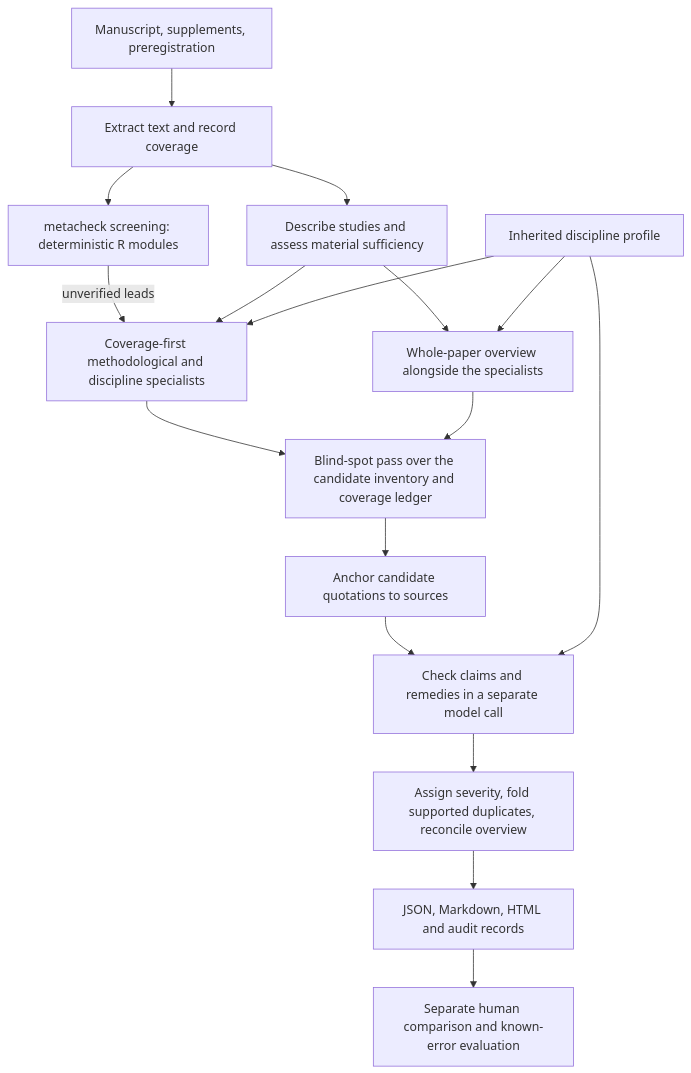
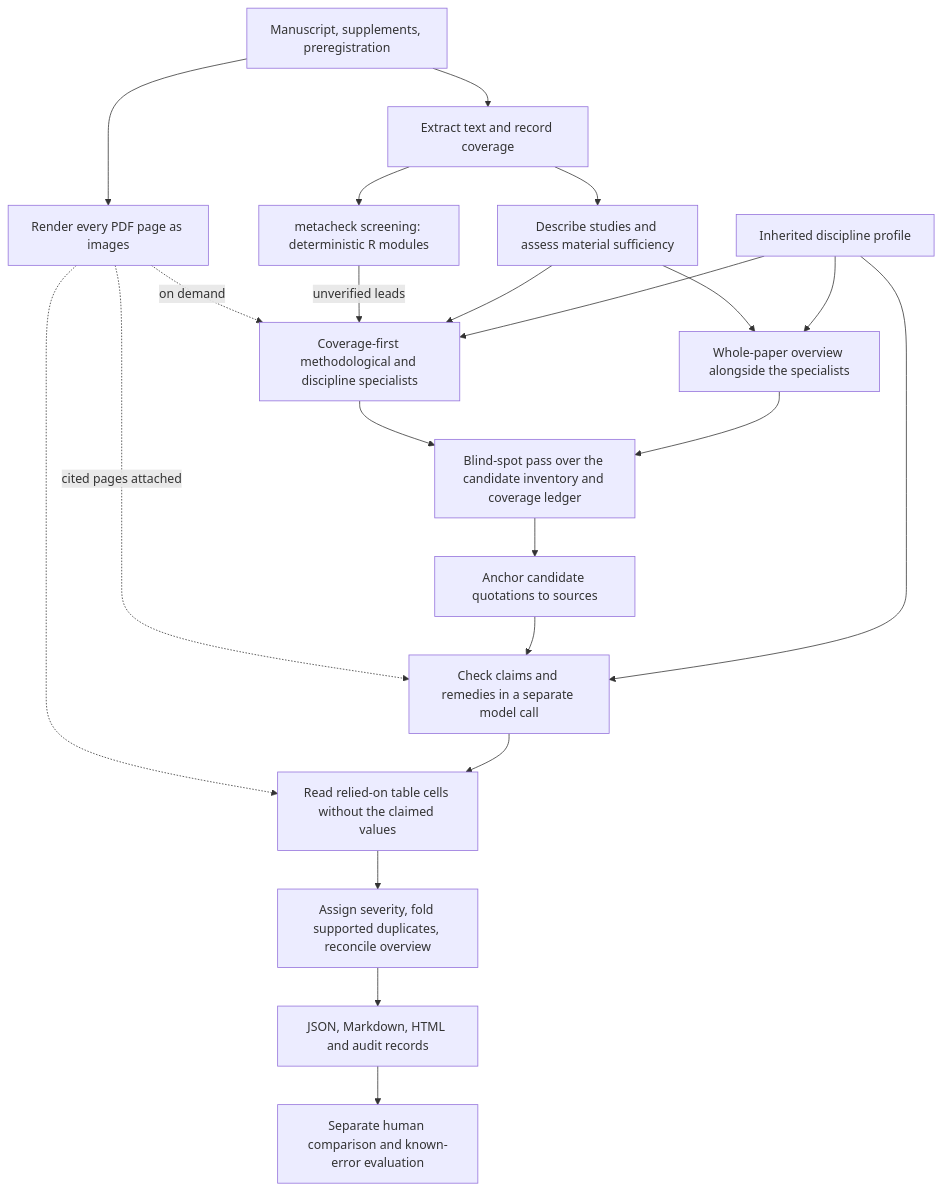
Before and after one commit to LukasWallrich/reviscope: the diagram in docs/ARCHITECTURE.md, drawn with Mermaid. The commit also changed other lines of this file and 21 other files, not shown here.

````diff
--- a/docs/ARCHITECTURE.md
+++ b/docs/ARCHITECTURE.md
@@ -27,19 +27,24 @@
 ```mermaid
 flowchart TD
     Input[Manuscript, supplements, preregistration] --> Extract[Extract text and record coverage]
+    Input --> Pages[Render every PDF page as images]
     Extract --> Map[Describe studies and assess material sufficiency]
+    Pages -.->|on demand| Modules
+    Pages -.->|cited pages attached| Verify
+    Pages -.-> Cells
     Extract --> Metacheck[metacheck screening: deterministic R modules]
     Metacheck -->|unverified leads| Modules
     Map --> Modules[Coverage-first methodological and discipline specialists]
     Map --> Overview[Whole-paper overview alongside the specialists]
     Profile[Inherited discipline profile] --> Modules
     Profile --> Overview
     Modules --> Blind[Blind-spot pass over the candidate inventory and coverage ledger]
     Overview --> Blind
     Blind --> Anchor[Anchor candidate quotations to sources]
     Anchor --> Verify[Check claims and remedies in a separate model call]
     Profile --> Verify
-    Verify --> Editorial[Assign severity, fold supported duplicates, reconcile overview]
+    Verify --> Cells[Read relied-on table cells without the claimed values]
+    Cells --> Editorial[Assign severity, fold supported duplicates, reconcile overview]
     Editorial --> Report[JSON, Markdown, HTML and audit records]
     Report --> Eval[Separate human comparison and known-error evaluation]
 ```
````
